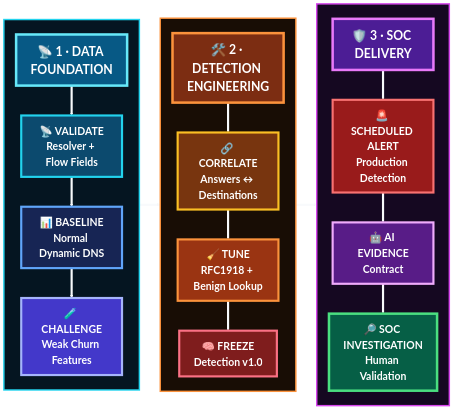
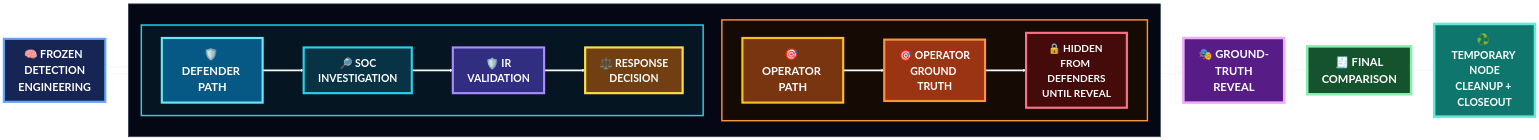
One commit to DNSentinel-Lab/Scenario-03-Fast-Flux changed the diagram in detection-engineering/README.md. Above: the diagram before and after it, drawn with Mermaid.

Commit message:
Update Mermaid diagram styles and labels

````diff
--- a/detection-engineering/README.md
+++ b/detection-engineering/README.md
@@ -42,14 +42,14 @@
 %%{init: {
   "theme": "base",
   "themeVariables": {
-    "background": "#030712",
+    "background": "#050814",
     "primaryTextColor": "#ffffff",
     "lineColor": "#f8fafc",
     "fontSize": "29px"
   },
   "flowchart": {
-    "nodeSpacing": 48,
-    "rankSpacing": 58,
+    "nodeSpacing": 52,
+    "rankSpacing": 64,
     "curve": "basis",
     "padding": 20
   }
@@ -58,134 +58,143 @@
 flowchart LR
 
     %% =====================================================
-    %% 1 · DATA FOUNDATION
+    %% FOUNDATION
     %% =====================================================
-    subgraph FOUNDATION[" "]
+    A["🧠 FROZEN DETECTION<br/>ENGINEERING"]
+
+
+    %% =====================================================
+    %% INFORMATION-SEPARATED PATHS
+    %% =====================================================
+    subgraph PATHS[" "]
         direction TB
 
-        H1["📡 1 · DATA FOUNDATION"]
+        %% -------------------------------------------------
+        %% OPERATOR / GROUND-TRUTH PATH
+        %% -------------------------------------------------
+        subgraph OPERATOR[" "]
+            direction LR
 
-        A["📡 VALIDATE<br/>Resolver + Flow Fields"]
+            OH["🎯 OPERATOR PATH"]
 
-        B["📊 BASELINE<br/>Normal Dynamic DNS"]
+            B["🎯 OPERATOR<br/>GROUND TRUTH"]
 
-        C["🧪 CHALLENGE<br/>Weak Churn Features"]
+            X["🔒 HIDDEN FROM DEFENDERS<br/>UNTIL REVEAL"]
 
-        H1 ==> A ==> B ==> C
+            OH ==> B ==> X
+        end
+
+
+        %% -------------------------------------------------
+        %% DEFENDER PATH
+        %% -------------------------------------------------
+        subgraph DEFENDER[" "]
+            direction LR
+
+            DH["🛡️ DEFENDER PATH"]
+
+            C["🔎 SOC<br/>INVESTIGATION"]
+
+            D["🛡️ IR<br/>VALIDATION"]
+
+            E["⚖️ RESPONSE<br/>DECISION"]
+
+            DH ==> C ==> D ==> E
+        end
     end
 
 
     %% =====================================================
-    %% 2 · DETECTION ENGINEERING
+    %% REVEAL + CLOSEOUT
     %% =====================================================
-    subgraph ENGINEERING[" "]
-        direction TB
+    F["🎭 GROUND-TRUTH<br/>REVEAL"]
 
-        H2["🛠️ 2 · DETECTION ENGINEERING"]
+    G["🧾 FINAL<br/>COMPARISON"]
 
-        D["🔗 CORRELATE<br/>Answers ↔ Destinations"]
-
-        E["🧹 TUNE<br/>RFC1918 + Benign Lookup"]
-
-        F["🧠 FREEZE<br/>Detection v1.0"]
-
-        H2 ==> D ==> E ==> F
-    end
+    H["♻️ TEMPORARY NODE<br/>CLEANUP + CLOSEOUT"]
 
 
     %% =====================================================
-    %% 3 · SOC DELIVERY
+    %% MAIN FLOW
     %% =====================================================
-    subgraph SOCFLOW[" "]
-        direction TB
+    A ==> B
+    A ==> C
 
-        H3["🛡️ 3 · SOC DELIVERY"]
+    X -.-> F
+    E ==> F
 
-        G["🚨 SCHEDULED ALERT<br/>Production Detection"]
-
-        H["🤖 AI EVIDENCE<br/>Contract"]
-
-        I["🔎 SOC INVESTIGATION<br/>Human Validation"]
-
-        H3 ==> G ==> H ==> I
-    end
+    F ==> G ==> H
 
 
     %% =====================================================
-    %% KEEP THE THREE STAGES PARALLEL
+    %% FOUNDATION
     %% =====================================================
-    FOUNDATION ==> ENGINEERING
-    ENGINEERING ==> SOCFLOW
+    classDef foundation fill:#172554,stroke:#60a5fa,stroke-width:6px,color:#ffffff,font-size:30px,font-weight:bold;
 
 
     %% =====================================================
-    %% PREMIUM NEON HEADERS
+    %% OPERATOR PATH — ORANGE / RED
     %% =====================================================
-    classDef dataHeader fill:#075985,stroke:#67e8f9,stroke-width:7px,color:#ffffff,font-size:34px,font-weight:bold;
+    classDef operatorHeader fill:#78350f,stroke:#fbbf24,stroke-width:6px,color:#ffffff,font-size:31px,font-weight:bold;
 
-    classDef engHeader fill:#7c2d12,stroke:#fb923c,stroke-width:7px,color:#ffffff,font-size:34px,font-weight:bold;
+    classDef truth fill:#9a3412,stroke:#fb923c,stroke-width:6px,color:#ffffff,font-size:29px,font-weight:bold;
 
-    classDef socHeader fill:#4c1d95,stroke:#e879f9,stroke-width:7px,color:#ffffff,font-size:34px,font-weight:bold;
-
-    class H1 dataHeader;
-    class H2 engHeader;
-    class H3 socHeader;
+    classDef hidden fill:#450a0a,stroke:#fb7185,stroke-width:6px,color:#ffffff,font-size:28px,font-weight:bold;
 
 
     %% =====================================================
-    %% DATA FOUNDATION COLORS
+    %% DEFENDER PATH — CYAN / BLUE
     %% =====================================================
-    classDef validate fill:#0c4a6e,stroke:#22d3ee,stroke-width:6px,color:#ffffff,font-size:29px,font-weight:bold;
+    classDef defenderHeader fill:#075985,stroke:#67e8f9,stroke-width:6px,color:#ffffff,font-size:31px,font-weight:bold;
 
-    classDef baseline fill:#172554,stroke:#60a5fa,stroke-width:6px,color:#ffffff,font-size:29px,font-weight:bold;
+    classDef soc fill:#083344,stroke:#22d3ee,stroke-width:6px,color:#ffffff,font-size:29px,font-weight:bold;
 
-    classDef challenge fill:#4338ca,stroke:#a5b4fc,stroke-width:6px,color:#ffffff,font-size:29px,font-weight:bold;
+    classDef ir fill:#312e81,stroke:#a78bfa,stroke-width:6px,color:#ffffff,font-size:29px,font-weight:bold;
 
-    class A validate;
-    class B baseline;
-    class C challenge;
+    classDef decision fill:#713f12,stroke:#fde047,stroke-width:6px,color:#ffffff,font-size:29px,font-weight:bold;
 
 
     %% =====================================================
-    %% DETECTION ENGINEERING COLORS
+    %% REVEAL / COMPARISON / CLOSEOUT
     %% =====================================================
-    classDef correlate fill:#78350f,stroke:#fbbf24,stroke-width:6px,color:#ffffff,font-size:29px,font-weight:bold;
+    classDef reveal fill:#581c87,stroke:#f0abfc,stroke-width:7px,color:#ffffff,font-size:31px,font-weight:bold;
 
-    classDef tune fill:#9a3412,stroke:#fb923c,stroke-width:6px,color:#ffffff,font-size:29px,font-weight:bold;
+    classDef final fill:#14532d,stroke:#86efac,stroke-width:7px,color:#ffffff,font-size:31px,font-weight:bold;
 
-    classDef freeze fill:#7f1d1d,stroke:#fb7185,stroke-width:6px,color:#ffffff,font-size:29px,font-weight:bold;
-
-    class D correlate;
-    class E tune;
-    class F freeze;
+    classDef cleanup fill:#0f766e,stroke:#5eead4,stroke-width:7px,color:#ffffff,font-size:29px,font-weight:bold;
 
 
     %% =====================================================
-    %% SOC DELIVERY COLORS
+    %% APPLY CLASSES
     %% =====================================================
-    classDef alert fill:#991b1b,stroke:#f87171,stroke-width:6px,color:#ffffff,font-size:29px,font-weight:bold;
+    class A foundation;
 
-    classDef ai fill:#581c87,stroke:#f0abfc,stroke-width:6px,color:#ffffff,font-size:29px,font-weight:bold;
+    class OH operatorHeader;
+    class B truth;
+    class X hidden;
 
-    classDef investigation fill:#065f46,stroke:#4ade80,stroke-width:7px,color:#ffffff,font-size:29px,font-weight:bold;
+    class DH defenderHeader;
+    class C soc;
+    class D ir;
+    class E decision;
 
-    class G alert;
-    class H ai;
-    class I investigation;
+    class F reveal;
+    class G final;
+    class H cleanup;
 
 
     %% =====================================================
-    %% GLOSSY PANELS
+    %% PREMIUM PANELS
     %% =====================================================
-    style FOUNDATION fill:#051521,stroke:#22d3ee,stroke-width:4px
+    style PATHS fill:#050814,stroke:#334155,stroke-width:2px
 
-    style ENGINEERING fill:#180d05,stroke:#fb923c,stroke-width:4px
+    style OPERATOR fill:#160a05,stroke:#fb923c,stroke-width:4px
 
-    style SOCFLOW fill:#150821,stroke:#d946ef,stroke-width:4px
+    style DEFENDER fill:#051521,stroke:#22d3ee,stroke-width:4px
 
 
     %% =====================================================
     %% BRIGHT CONNECTORS
     %% =====================================================
-    linkStyle default stroke:#f8fafc,stroke-width:6px;
+    linkStyle default stroke:#f8fafc,stroke-width:5px;
 ```
````
